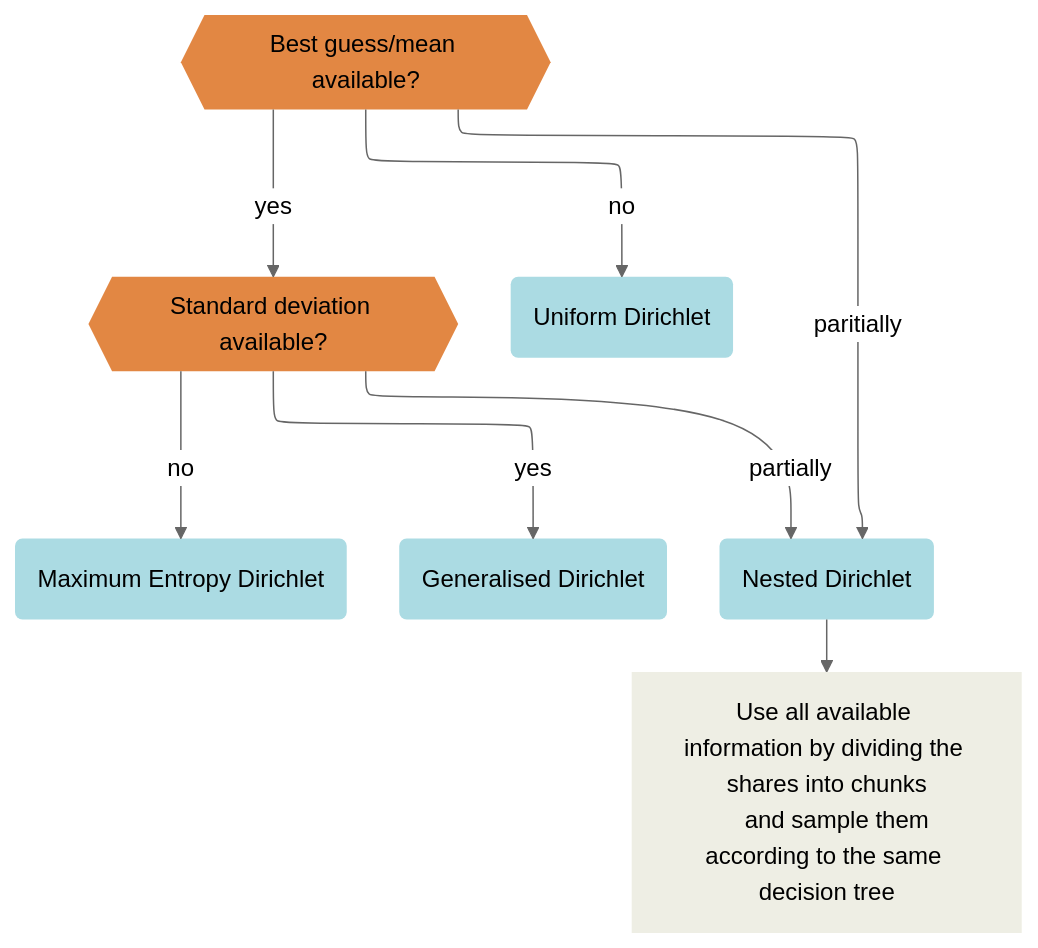
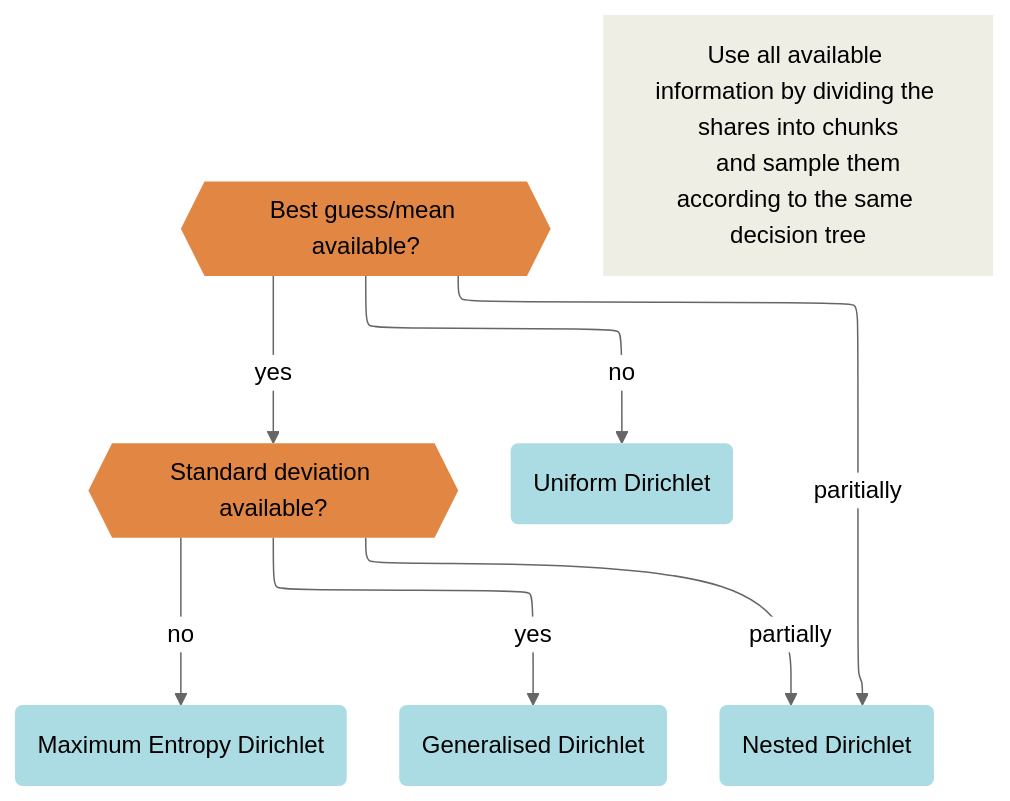
Before and after one commit to simschul/MaxentDisaggregation: the second of 2 diagrams in README.md, drawn with Mermaid (neutral theme).

Commit message:
update decision tree shares

````diff
--- a/README.md
+++ b/README.md
@@ -120,25 +120,24 @@
 ```mermaid
 flowchart-elk TD
     %% Define node classes
     classDef decision fill:#e28743,color:black,stroke:none;
     classDef distribution fill:#abdbe3,color:black,stroke:none;
     classDef explanationnode fill:#eeeee4,color:black,stroke:none;
 
     MeanDecision{{"Best guess/mean available?"}}:::decision
     SDDecision{{"Standard deviation available?"}}:::decision
     MaxEntDir("Maximum Entropy Dirichlet"):::distribution
     GenDir("Generalised Dirichlet"):::distribution
     NestedDir("Nested Dirichlet"):::distribution
     UniformDir("Uniform Dirichlet"):::distribution
     NestedDir2["Use all available information by dividing the shares into chunks
     and sample them according to the same decision tree"]:::explanationnode
 
     %% Define connections
     MeanDecision -- "no" --> UniformDir
     MeanDecision -- "yes" --> SDDecision
     MeanDecision -- "paritially" --> NestedDir
     SDDecision -- "no" --> MaxEntDir
     SDDecision -- "yes" --> GenDir
     SDDecision -- "partially" --> NestedDir
-    NestedDir --> NestedDir2
 ```
````
